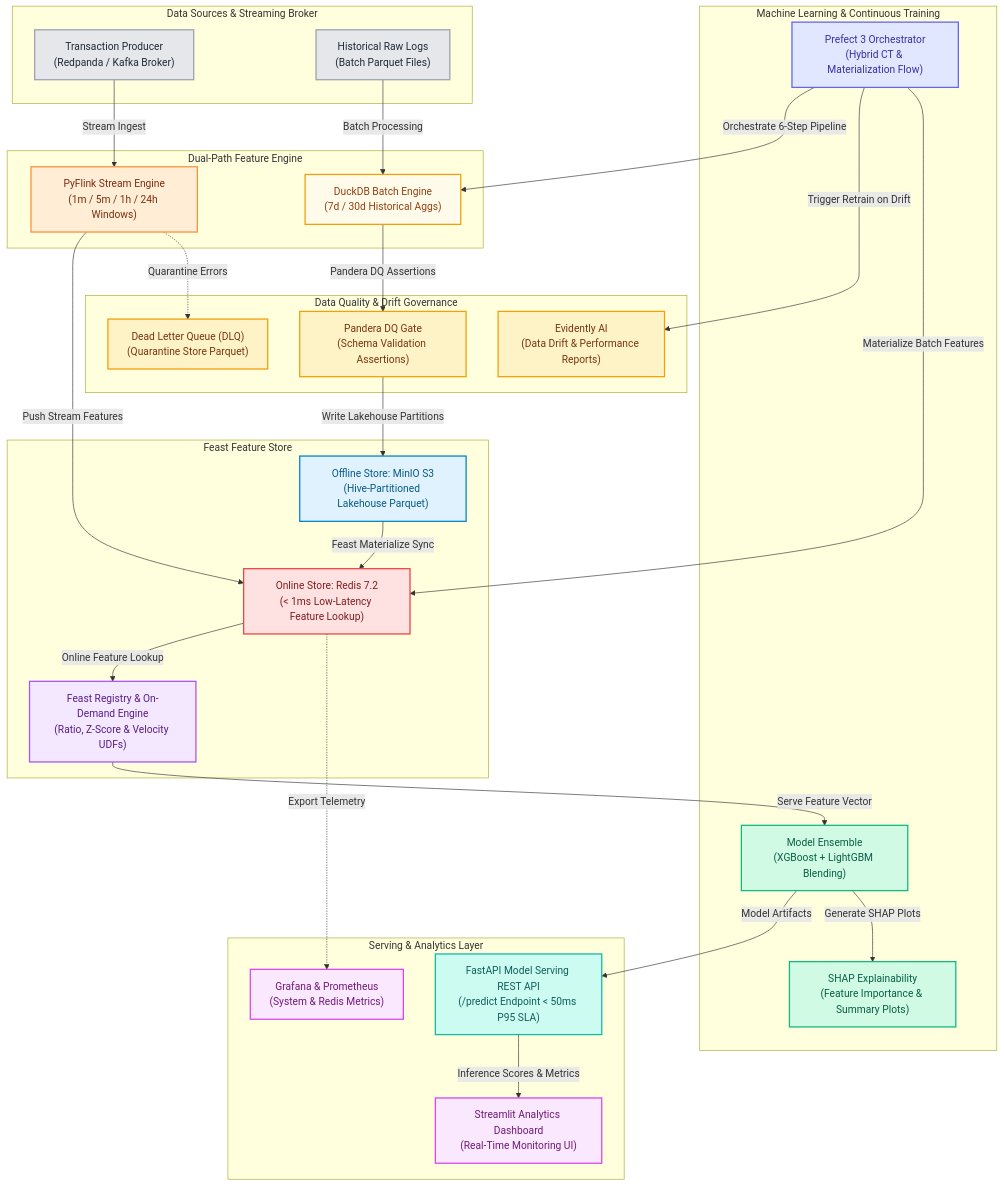
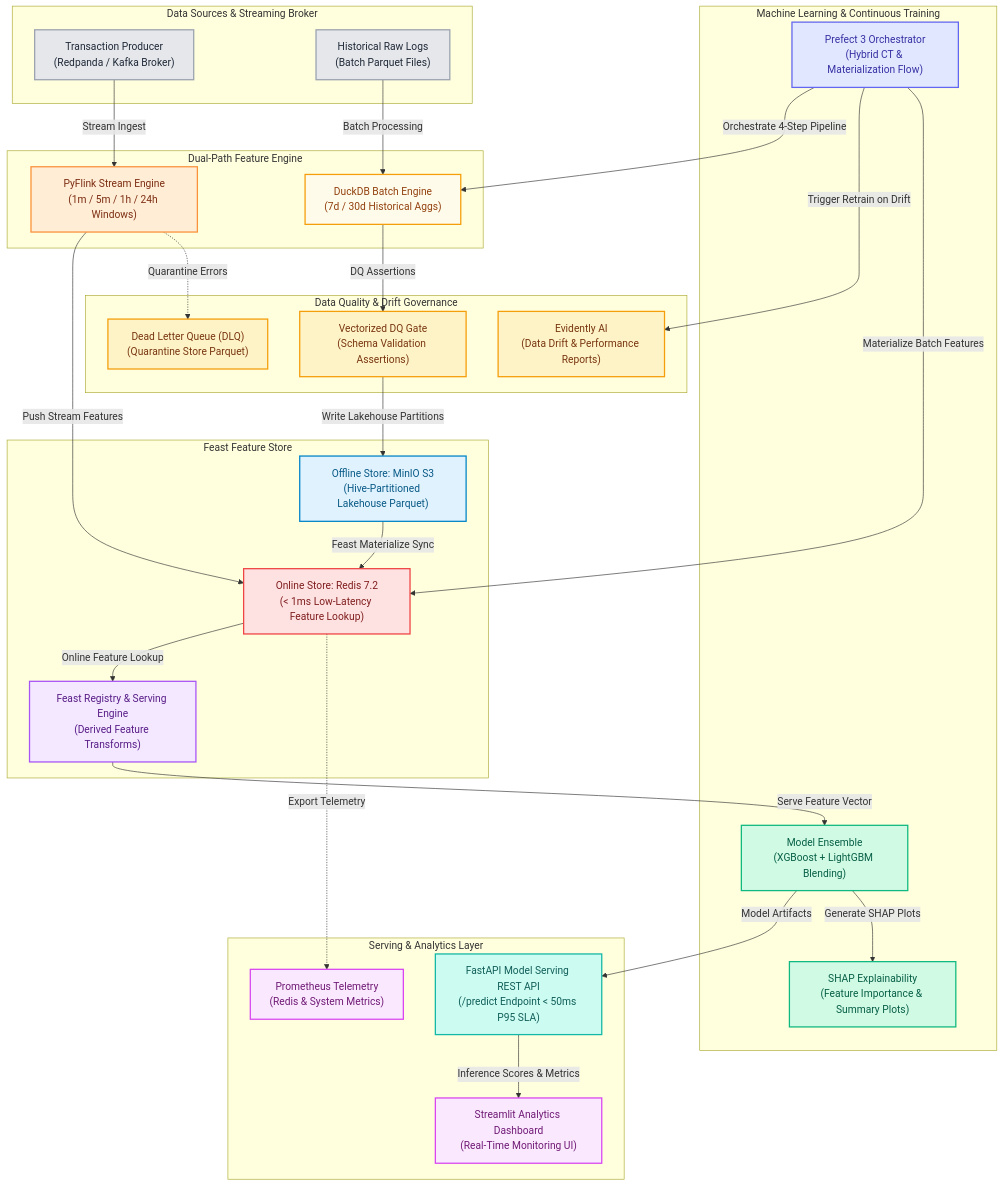
The first of 2 diagrams in README.md (hovngnvm/ml-feature-store-platform), drawn with Mermaid before and after one commit. The commit also changed other lines of this file and 3 other files, not shown here.

````diff
--- a/README.md
+++ b/README.md
@@ -13,73 +13,73 @@
 ```mermaid
 flowchart TD
     subgraph Sources [Data Sources & Streaming Broker]
         producer["Transaction Producer<br/>(Redpanda / Kafka Broker)"]:::source
         raw_parquet["Historical Raw Logs<br/>(Batch Parquet Files)"]:::source
     end
 
     subgraph DualPath [Dual-Path Feature Engine]
         flink["PyFlink Stream Engine<br/>(1m / 5m / 1h / 24h Windows)"]:::flink
         duckdb["DuckDB Batch Engine<br/>(7d / 30d Historical Aggs)"]:::duckdb
     end
 
     subgraph FeatureStore [Feast Feature Store]
         redis["Online Store: Redis 7.2<br/>(< 1ms Low-Latency Feature Lookup)"]:::redis
         minio["Offline Store: MinIO S3<br/>(Hive-Partitioned Lakehouse Parquet)"]:::minio
-        feast_registry["Feast Registry & On-Demand Engine<br/>(Ratio, Z-Score & Velocity UDFs)"]:::feast
+        feast_registry["Feast Registry & Serving Engine<br/>(Derived Feature Transforms)"]:::feast
     end
 
     subgraph Quality [Data Quality & Drift Governance]
-        pandera["Pandera DQ Gate<br/>(Schema Validation Assertions)"]:::quality
+        dq_gate["Vectorized DQ Gate<br/>(Schema Validation Assertions)"]:::quality
         evidently["Evidently AI<br/>(Data Drift & Performance Reports)"]:::quality
         dlq["Dead Letter Queue (DLQ)<br/>(Quarantine Store Parquet)"]:::quality
     end
 
     subgraph ML [Machine Learning & Continuous Training]
         ensemble["Model Ensemble<br/>(XGBoost + LightGBM Blending)"]:::ml
         shap["SHAP Explainability<br/>(Feature Importance & Summary Plots)"]:::ml
         prefect["Prefect 3 Orchestrator<br/>(Hybrid CT & Materialization Flow)"]:::orchestrator
     end
 
     subgraph Serving [Serving & Analytics Layer]
         fastapi["FastAPI Model Serving REST API<br/>(/predict Endpoint < 50ms P95 SLA)"]:::serving
         streamlit["Streamlit Analytics Dashboard<br/>(Real-Time Monitoring UI)"]:::viz
-        grafana["Grafana & Prometheus<br/>(System & Redis Metrics)"]:::viz
+        prometheus["Prometheus Telemetry<br/>(Redis & System Metrics)"]:::viz
     end
 
     %% Flow lines
     producer -->|Stream Ingest| flink
     raw_parquet -->|Batch Processing| duckdb
 
     flink -->|Push Stream Features| redis
     flink -.->|Quarantine Errors| dlq
 
-    duckdb -->|Pandera DQ Assertions| pandera
-    pandera -->|Write Lakehouse Partitions| minio
+    duckdb -->|DQ Assertions| dq_gate
+    dq_gate -->|Write Lakehouse Partitions| minio
 
     minio -->|Feast Materialize Sync| redis
     redis -->|Online Feature Lookup| feast_registry
     feast_registry -->|Serve Feature Vector| ensemble
 
     ensemble -->|Model Artifacts| fastapi
     ensemble -->|Generate SHAP Plots| shap
 
-    prefect -->|Orchestrate 6-Step Pipeline| duckdb
+    prefect -->|Orchestrate 4-Step Pipeline| duckdb
     prefect -->|Trigger Retrain on Drift| evidently
     prefect -->|Materialize Batch Features| redis
 
     fastapi -->|Inference Scores & Metrics| streamlit
-    redis -.->|Export Telemetry| grafana
+    redis -.->|Export Telemetry| prometheus
 
     %% Style Classes
     classDef source fill:#E5E7EB,stroke:#9CA3AF,color:#1F2937,stroke-width:2px;
     classDef flink fill:#FFEDD5,stroke:#FB923C,color:#7C2D12,stroke-width:2px;
     classDef duckdb fill:#FFFBEB,stroke:#F59E0B,color:#92400E,stroke-width:2px;
     classDef redis fill:#FEE2E2,stroke:#EF4444,color:#7F1D1D,stroke-width:2px;
     classDef minio fill:#E0F2FE,stroke:#0284C7,color:#075985,stroke-width:2px;
     classDef feast fill:#F3E8FF,stroke:#A855F7,color:#581C87,stroke-width:2px;
     classDef quality fill:#FEF3C7,stroke:#F59E0B,color:#78350F,stroke-width:2px;
     classDef ml fill:#D1FAE5,stroke:#10B981,color:#065F46,stroke-width:2px;
     classDef orchestrator fill:#E0E7FF,stroke:#6366F1,color:#3730A3,stroke-width:2px;
     classDef serving fill:#CCFBF1,stroke:#14B8A6,color:#115E59,stroke-width:2px;
     classDef viz fill:#FAE8FF,stroke:#D946EF,color:#701A75,stroke-width:2px;
 ```
````
